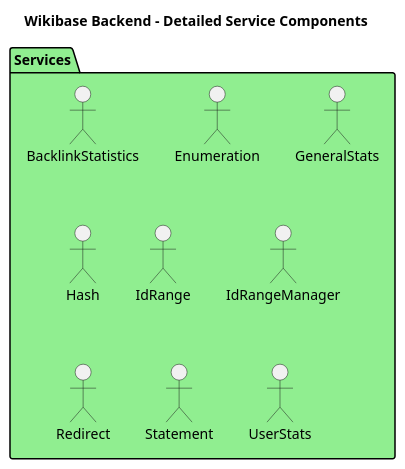
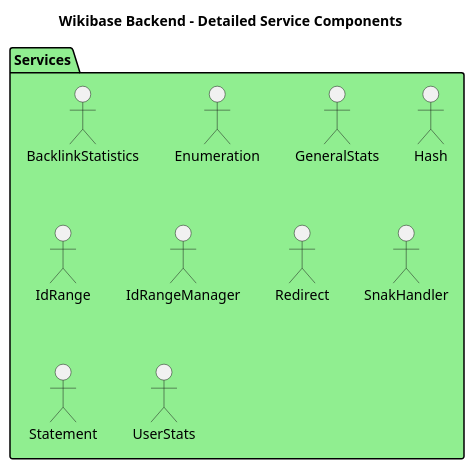
The diagram in doc/DIAGRAMS/detailed_service_components.puml (dpriskorn/entitybase-backend), drawn with PlantUML before and after one commit. The commit also changed 59 other files, not shown here.

```diff
--- a/doc/DIAGRAMS/detailed_service_components.puml
+++ b/doc/DIAGRAMS/detailed_service_components.puml
@@ -1,17 +1,18 @@
 @startuml Detailed Service Components
 
 title Wikibase Backend - Detailed Service Components
 
 package "Services" as Services #LightGreen {
     "BacklinkStatistics" as BacklinkStatisticsService
     "Enumeration" as EnumerationService
     "GeneralStats" as GeneralStatsService
     "Hash" as HashService
     "IdRange" as IdRange
     "IdRangeManager" as IdRangeManager
     "Redirect" as RedirectService
+    "SnakHandler" as SnakHandler
     "Statement" as StatementService
     "UserStats" as UserStatsService
 }
 
 @enduml
```
